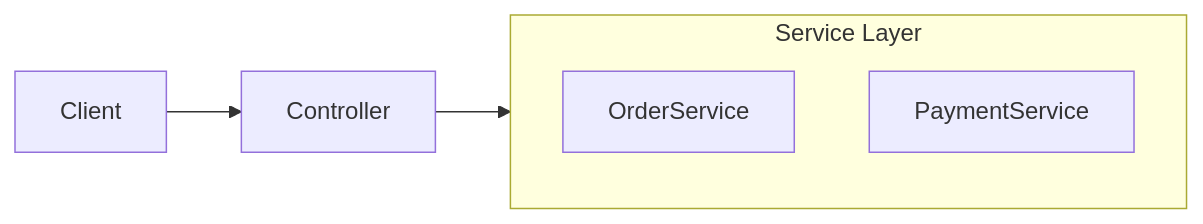
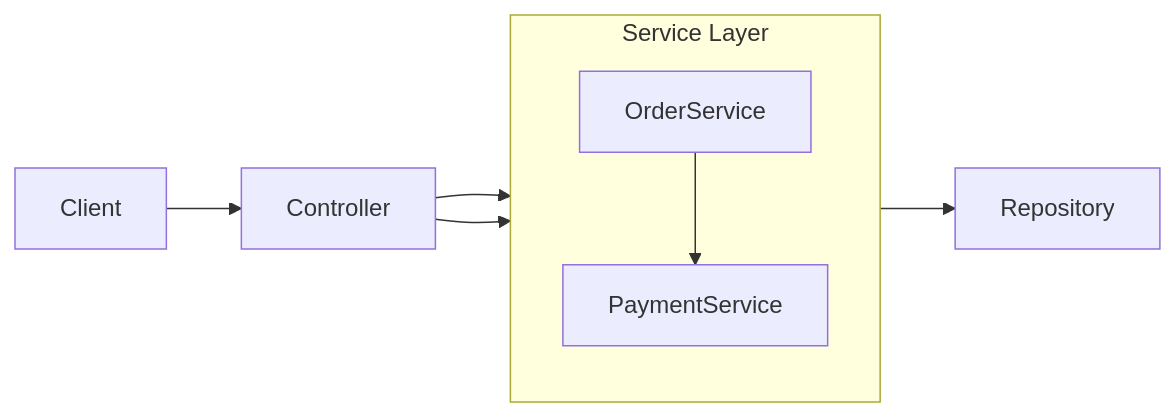
The diagram in README.md (codecraft87/order-payment-system), drawn with Mermaid before and after one commit.

````diff
--- a/README.md
+++ b/README.md
@@ -33,13 +33,14 @@
 ```mermaid
 flowchart LR
     Client --> Controller
 
     subgraph Service["Service Layer"]
         direction TB
-        OrderService
-        PaymentService
+        OrderService --> PaymentService
     end
 
     Controller --> OrderService
+	 Controller --> PaymentService
+    PaymentService --> Repository
 
 ```
````
